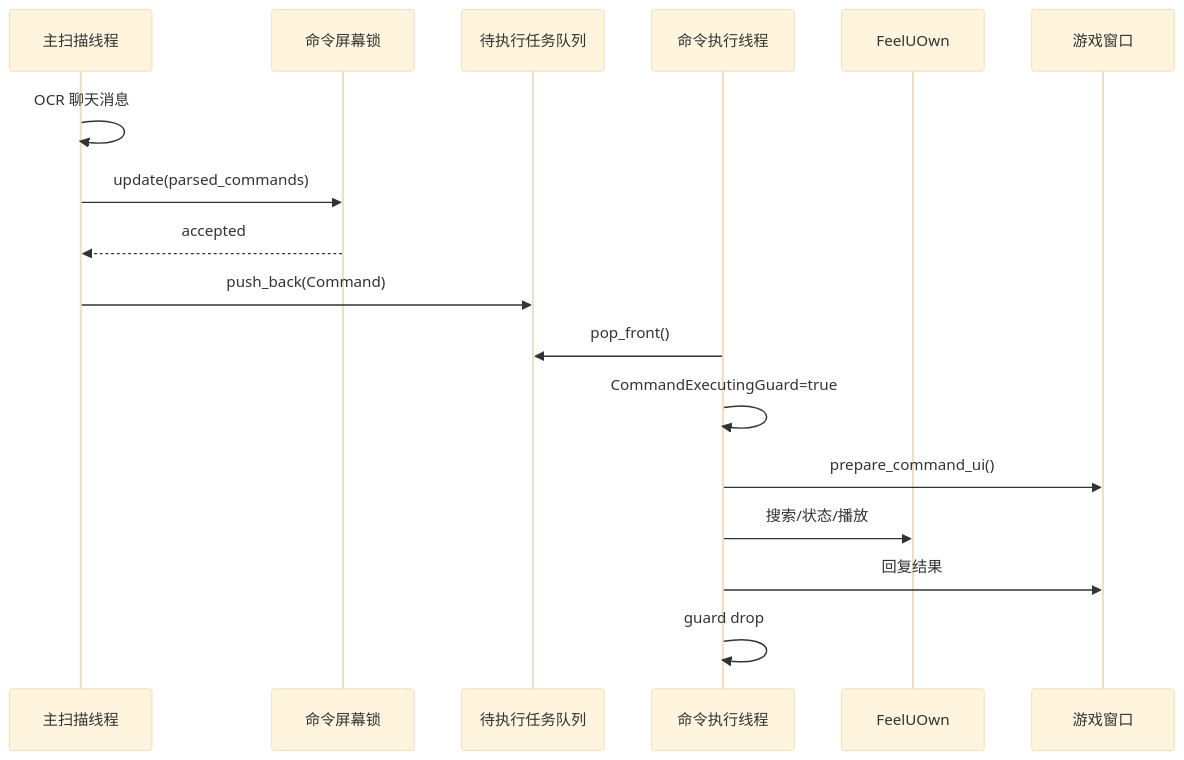
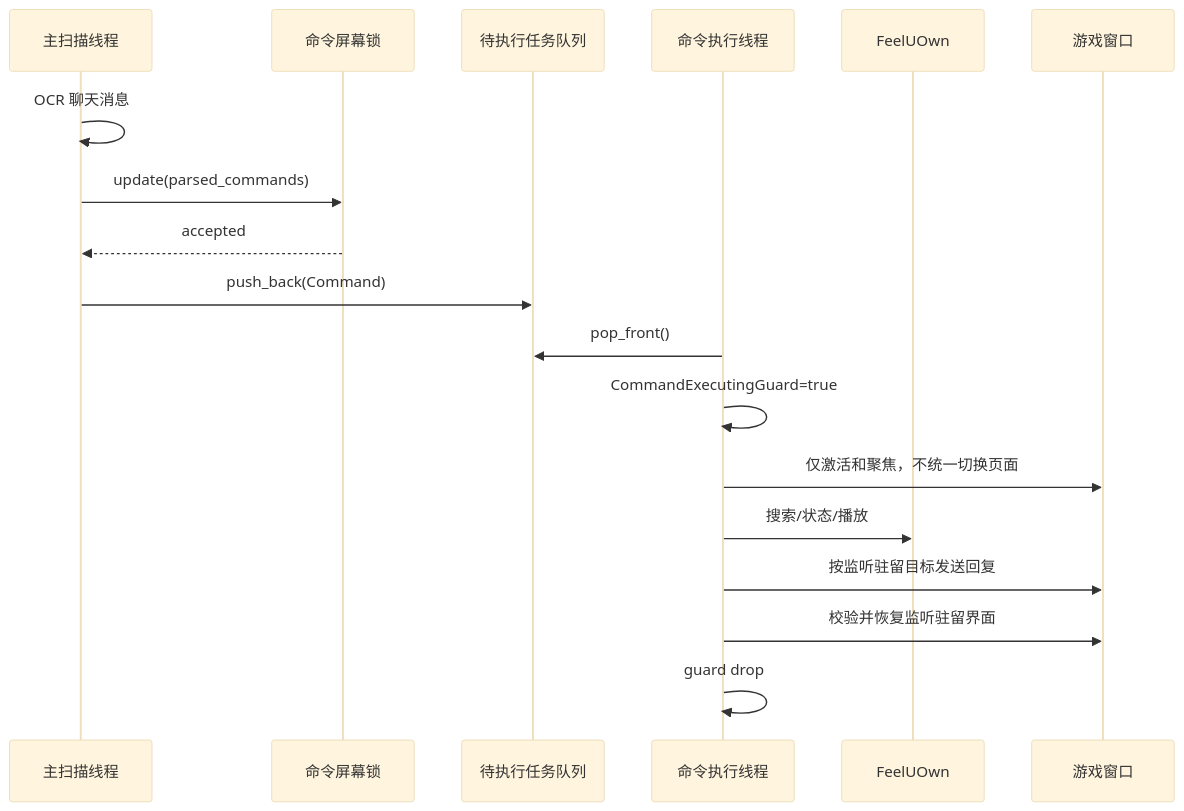
Before and after one commit to XingNian-www/Miliastra-Wonderland-Music: the third of 4 diagrams in docs/executor-flow.md, drawn with Mermaid (base theme). The commit also changed other lines of this file and 50 other files, not shown here.

````diff
--- a/docs/executor-flow.md
+++ b/docs/executor-flow.md
@@ -230,20 +253,21 @@
 ```mermaid
 sequenceDiagram
     participant Scan as 主扫描线程
     participant Lock as 命令屏幕锁
     participant Pending as 待执行任务队列
     participant Exec as 命令执行线程
     participant Fuo as FeelUOwn
     participant Game as 游戏窗口
 
     Scan->>Scan: OCR 聊天消息
     Scan->>Lock: update(parsed_commands)
     Lock-->>Scan: accepted
     Scan->>Pending: push_back(Command)
     Exec->>Pending: pop_front()
     Exec->>Exec: CommandExecutingGuard=true
-    Exec->>Game: prepare_command_ui()
+    Exec->>Game: 仅激活和聚焦，不统一切换页面
     Exec->>Fuo: 搜索/状态/播放
-    Exec->>Game: 回复结果
+    Exec->>Game: 按监听驻留目标发送回复
+    Exec->>Game: 校验并恢复监听驻留界面
     Exec->>Exec: guard drop
 ```
````
